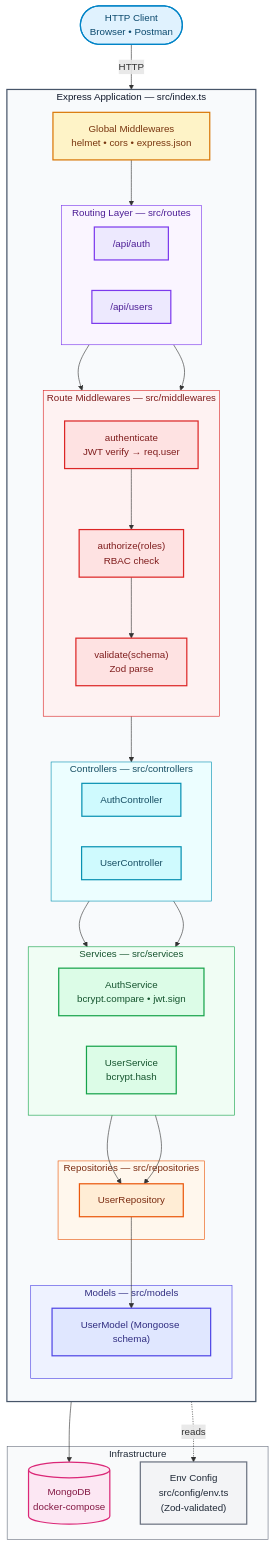
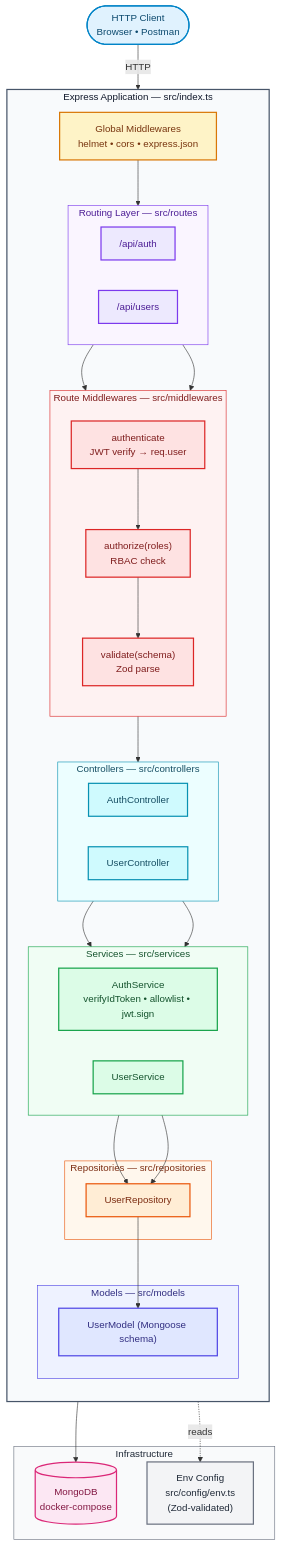
The diagram in README.md (MNATorres/ezequiel_torres_art_backend), drawn with Mermaid before and after one commit. The commit also changed other lines of this file, not shown here.

First line of the commit message:
docs(backend): update README for Google sign-in auth

```diff
--- a/README.md
+++ b/README.md
@@ -33,8 +33,8 @@
 
         subgraph Svc["Services — src/services"]
             direction LR
-            AuthS["AuthService<br/>bcrypt.compare • jwt.sign"]
-            UserS["UserService<br/>bcrypt.hash"]
+            AuthS["AuthService<br/>verifyIdToken • allowlist • jwt.sign"]
+            UserS["UserService"]
         end
 
         subgraph Repo["Repositories — src/repositories"]
```
